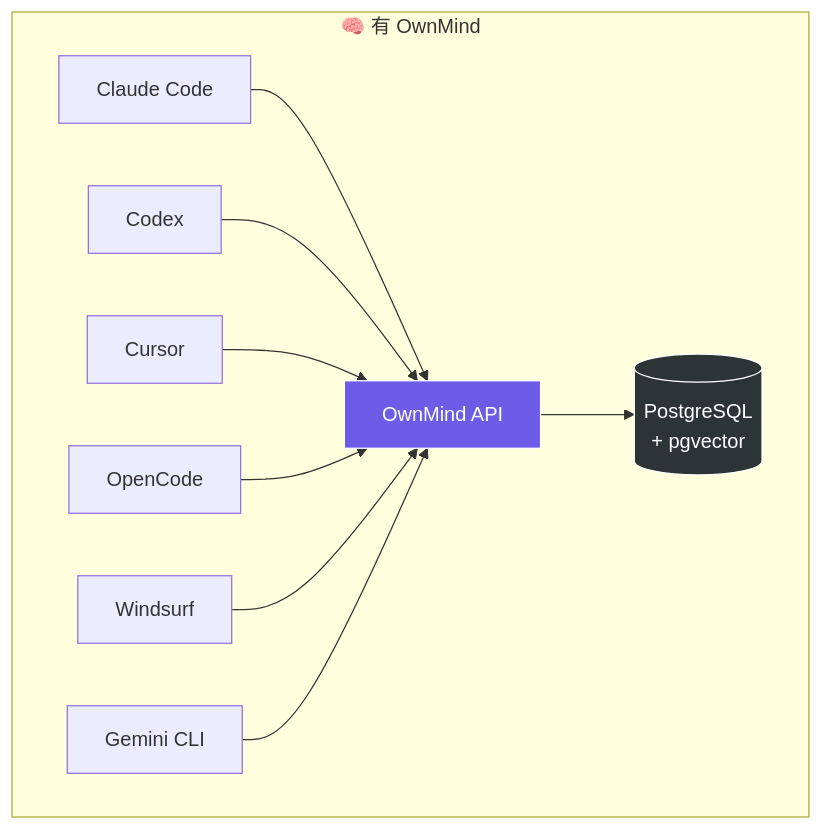
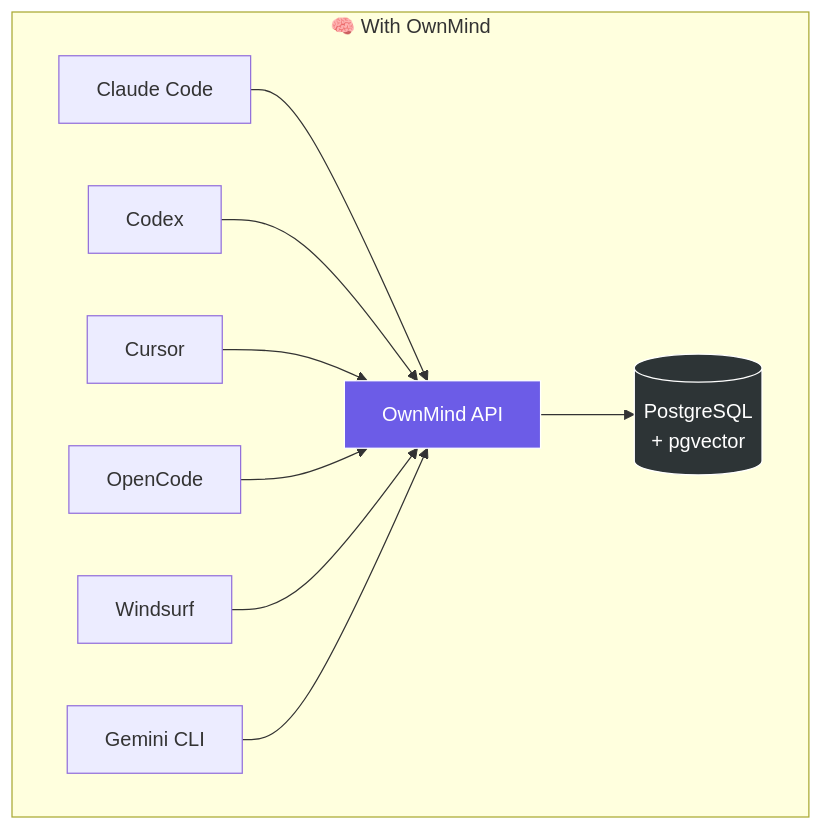
The second of 4 diagrams in README.md (miou1107/ownmind), drawn with Mermaid before and after one commit. The commit also changed other lines of this file and 2 other files, not shown here.

````diff
--- a/README.md
+++ b/README.md
@@ -32,15 +34,15 @@
 ```mermaid
 graph TB
-    subgraph "🧠 有 OwnMind"
+    subgraph "🧠 With OwnMind"
         CC["Claude Code"] --> OM["OwnMind API"]
         CX["Codex"] --> OM
         CR["Cursor"] --> OM
         OC["OpenCode"] --> OM
         WS["Windsurf"] --> OM
         GM["Gemini CLI"] --> OM
         OM --> DB[("PostgreSQL\n+ pgvector")]
     end
 
     style OM fill:#6C5CE7,stroke:#fff,color:#fff
     style DB fill:#2D3436,stroke:#fff,color:#fff
 ```
````
